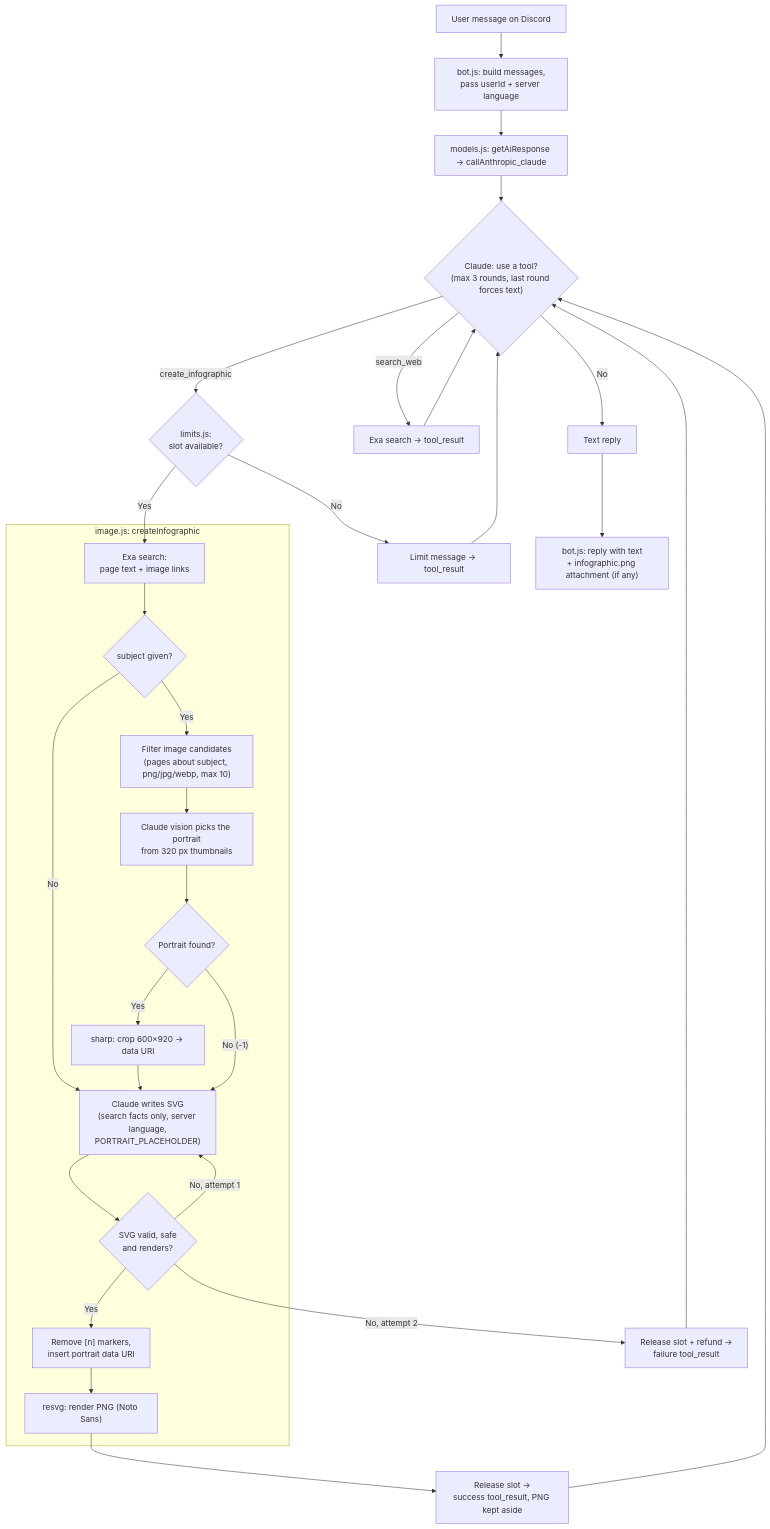
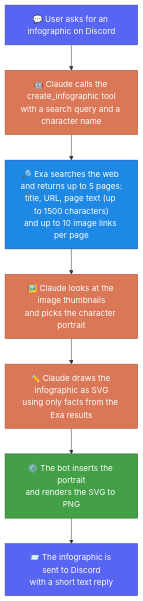
The diagram in README.md (Nahida4479/NevAI-Bot), drawn with Mermaid before and after one commit.

````diff
--- a/README.md
+++ b/README.md
@@ -93,36 +95,22 @@
 ```mermaid
 flowchart TD
-    A["User message on Discord"] --> B["bot.js: build messages,<br/>pass userId + server language"]
-    B --> C["models.js: getAiResponse → callAnthropic_claude"]
-    C --> D{"Claude: use a tool?<br/>(max 3 rounds, last round forces text)"}
+    A["💬 User asks for an infographic on Discord"]
+    B["🤖 Claude calls the create_infographic tool<br/>with a search query and a character name"]
+    C["🔎 Exa searches the web and returns up to 5 pages:<br/>title, URL, page text (up to 1500 characters)<br/>and up to 10 image links per page"]
+    D["🖼️ Claude looks at the image thumbnails<br/>and picks the character portrait"]
+    E["✏️ Claude draws the infographic as SVG<br/>using only facts from the Exa results"]
+    F["⚙️ The bot inserts the portrait<br/>and renders the SVG to PNG"]
+    G["📨 The infographic is sent to Discord<br/>with a short text reply"]
 
-    D -- "No" --> R["Text reply"]
-    D -- "search_web" --> S["Exa search → tool_result"]
-    S --> D
-    D -- "create_infographic" --> L{"limits.js:<br/>slot available?"}
-    L -- "No" --> LM["Limit message → tool_result"]
-    LM --> D
-    L -- "Yes" --> E
+    A --> B --> C --> D --> E --> F --> G
 
-    subgraph IMG ["image.js: createInfographic"]
-        E["Exa search:<br/>page text + image links"] --> F{"subject given?"}
-        F -- "No" --> J
-        F -- "Yes" --> G["Filter image candidates<br/>(pages about subject, png/jpg/webp, max 10)"]
-        G --> H["Claude vision picks the portrait<br/>from 320 px thumbnails"]
-        H --> I{"Portrait found?"}
-        I -- "Yes" --> I2["sharp: crop 600×920 → data URI"]
-        I2 --> J
-        I -- "No (-1)" --> J
-        J["Claude writes SVG<br/>(search facts only, server language,<br/>PORTRAIT_PLACEHOLDER)"] --> K{"SVG valid, safe<br/>and renders?"}
-        K -- "No, attempt 1" --> J
-        K -- "Yes" --> M["Remove [n] markers,<br/>insert portrait data URI"]
-        M --> N["resvg: render PNG (Noto Sans)"]
-    end
+    classDef discord fill:#5865F2,stroke:#3C45A5,color:#FFFFFF
+    classDef claude fill:#D97757,stroke:#A0522D,color:#FFFFFF
+    classDef exa fill:#1E88E5,stroke:#0D47A1,color:#FFFFFF
+    classDef bot fill:#43A047,stroke:#1B5E20,color:#FFFFFF
 
-    K -- "No, attempt 2" --> X["Release slot + refund →<br/>failure tool_result"]
-    X --> D
-    N --> O["Release slot →<br/>success tool_result, PNG kept aside"]
-    O --> D
-
-    R --> P["bot.js: reply with text<br/>+ infographic.png attachment (if any)"]
+    class A,G discord
+    class B,D,E claude
+    class C exa
+    class F bot
 ```
````
